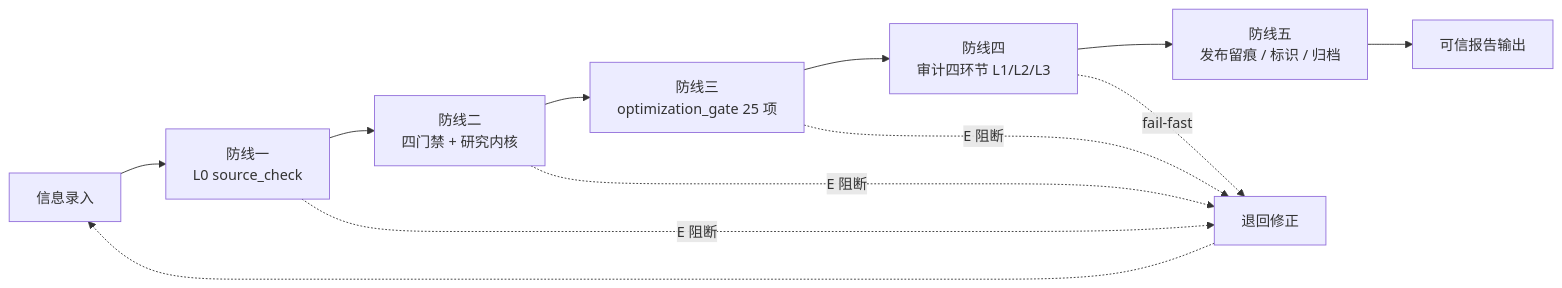
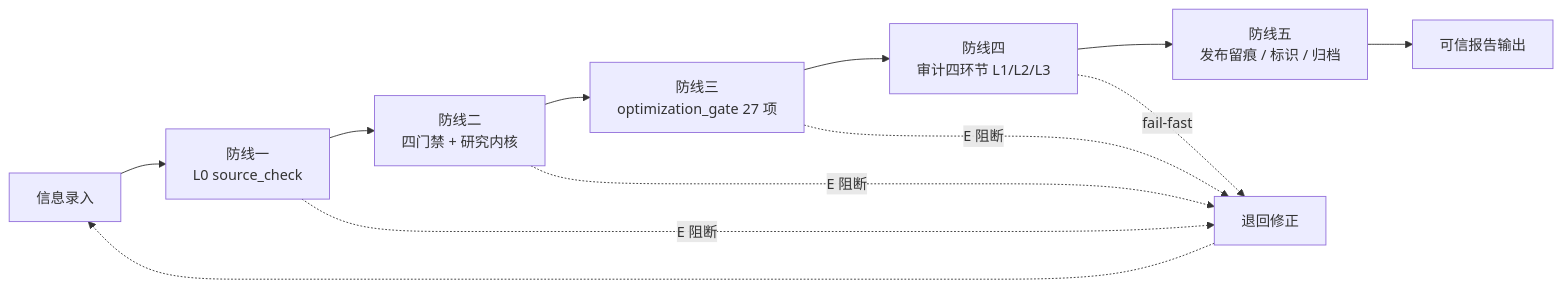
One commit to hmbphxkw76-byte/tech-context-digest changed the second of 4 diagrams in engine/docs/report-pipeline-system.md. Above: the diagram before and after it, drawn with Mermaid. The commit also changed other lines of this file and 23 other files, not shown here.

````diff
--- a/engine/docs/report-pipeline-system.md
+++ b/engine/docs/report-pipeline-system.md
@@ -59,14 +59,14 @@
 ```mermaid
 flowchart LR
     IN["信息录入"] --> D1["防线一<br/>L0 source_check"]
     D1 --> D2["防线二<br/>四门禁 + 研究内核"]
-    D2 --> D3["防线三<br/>optimization_gate 25 项"]
+    D2 --> D3["防线三<br/>optimization_gate 27 项"]
     D3 --> D4["防线四<br/>审计四环节 L1/L2/L3"]
     D4 --> D5["防线五<br/>发布留痕 / 标识 / 归档"]
     D5 --> OUT["可信报告输出"]
     D1 -. "E 阻断" .-> BLOCK["退回修正"]
     D2 -. "E 阻断" .-> BLOCK
     D3 -. "E 阻断" .-> BLOCK
     D4 -. "fail-fast" .-> BLOCK
     BLOCK -.-> IN
 ```
````
